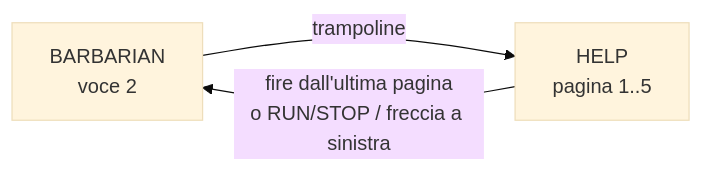
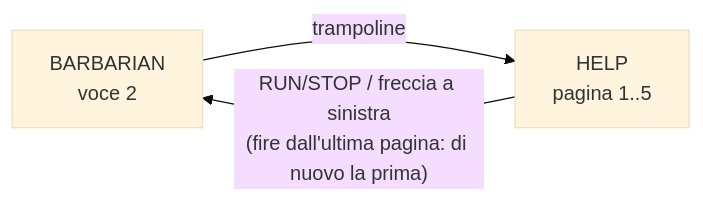
The diagram in docs/help.md (caporalesimone/barbarian-the-blood-path), drawn with Mermaid (base theme) before and after one commit. The commit also changed other lines of this file and 19 other files, not shown here.

````diff
--- a/docs/help.md
+++ b/docs/help.md
@@ -23,5 +23,5 @@
 ```mermaid
 flowchart LR
     B["BARBARIAN<br/>voce 2"] -->|trampoline| H["HELP<br/>pagina 1..5"]
-    H -->|"fire dall'ultima pagina<br/>o RUN/STOP / freccia a sinistra"| B
+    H -->|"RUN/STOP / freccia a sinistra<br/>(fire dall'ultima pagina: di nuovo la prima)"| B
 ```
````
